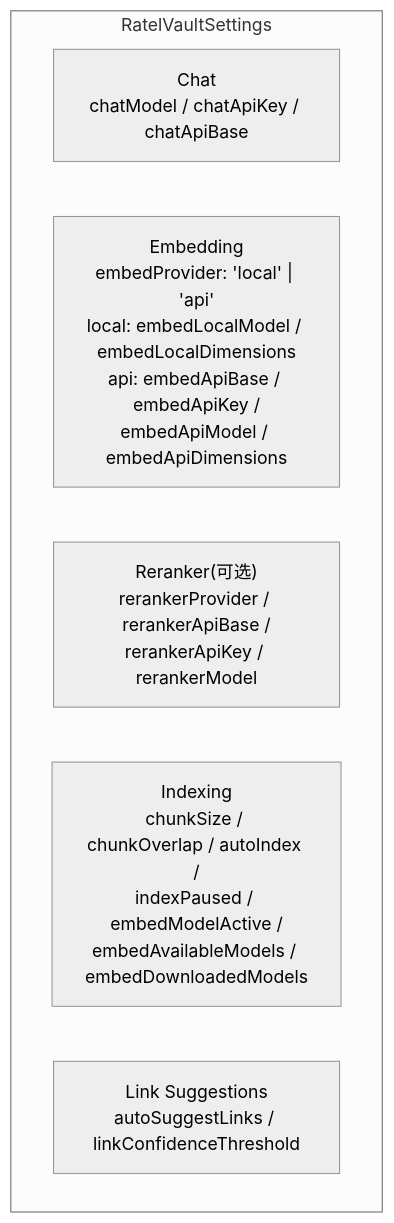
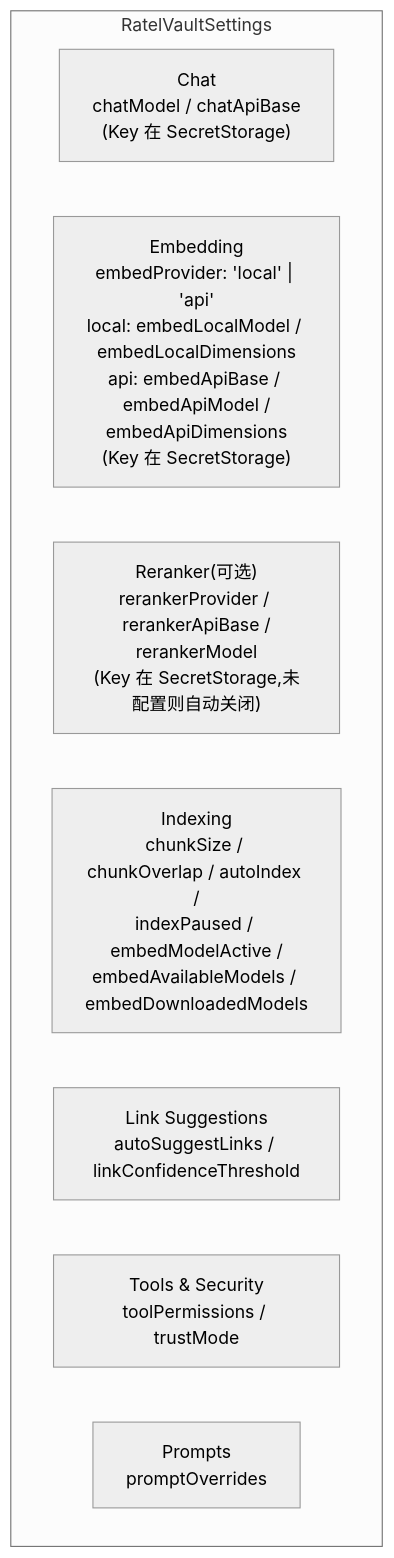
The first of 3 diagrams in docs/architecture/host/settings.md (golddream-y/obsidian-ratel), drawn with Mermaid (neutral theme) before and after one commit. The commit also changed other lines of this file and 2 other files, not shown here.

First line of the commit message:
docs(arch): tools/hooks/settings 三层防御架构同步

````diff
--- a/docs/architecture/host/settings.md
+++ b/docs/architecture/host/settings.md
@@ -59,10 +62,12 @@
 ```mermaid
 graph TB
     subgraph "RatelVaultSettings"
-        CHAT["Chat<br/>chatModel / chatApiKey / chatApiBase"]
-        EMB["Embedding<br/>embedProvider: 'local' | 'api'<br/>local: embedLocalModel / embedLocalDimensions<br/>api: embedApiBase / embedApiKey /<br/>embedApiModel / embedApiDimensions"]
-        RER["Reranker(可选)<br/>rerankerProvider / rerankerApiBase /<br/>rerankerApiKey / rerankerModel"]
+        CHAT["Chat<br/>chatModel / chatApiBase<br/>(Key 在 SecretStorage)"]
+        EMB["Embedding<br/>embedProvider: 'local' | 'api'<br/>local: embedLocalModel / embedLocalDimensions<br/>api: embedApiBase / embedApiModel /<br/>embedApiDimensions<br/>(Key 在 SecretStorage)"]
+        RER["Reranker(可选)<br/>rerankerProvider / rerankerApiBase /<br/>rerankerModel<br/>(Key 在 SecretStorage,未配置则自动关闭)"]
         IDX["Indexing<br/>chunkSize / chunkOverlap / autoIndex /<br/>indexPaused / embedModelActive /<br/>embedAvailableModels / embedDownloadedModels"]
         LINK["Link Suggestions<br/>autoSuggestLinks / linkConfidenceThreshold"]
+        TOOLS["Tools & Security<br/>toolPermissions / trustMode"]
+        PROMPTS["Prompts<br/>promptOverrides"]
     end
 ```
````
